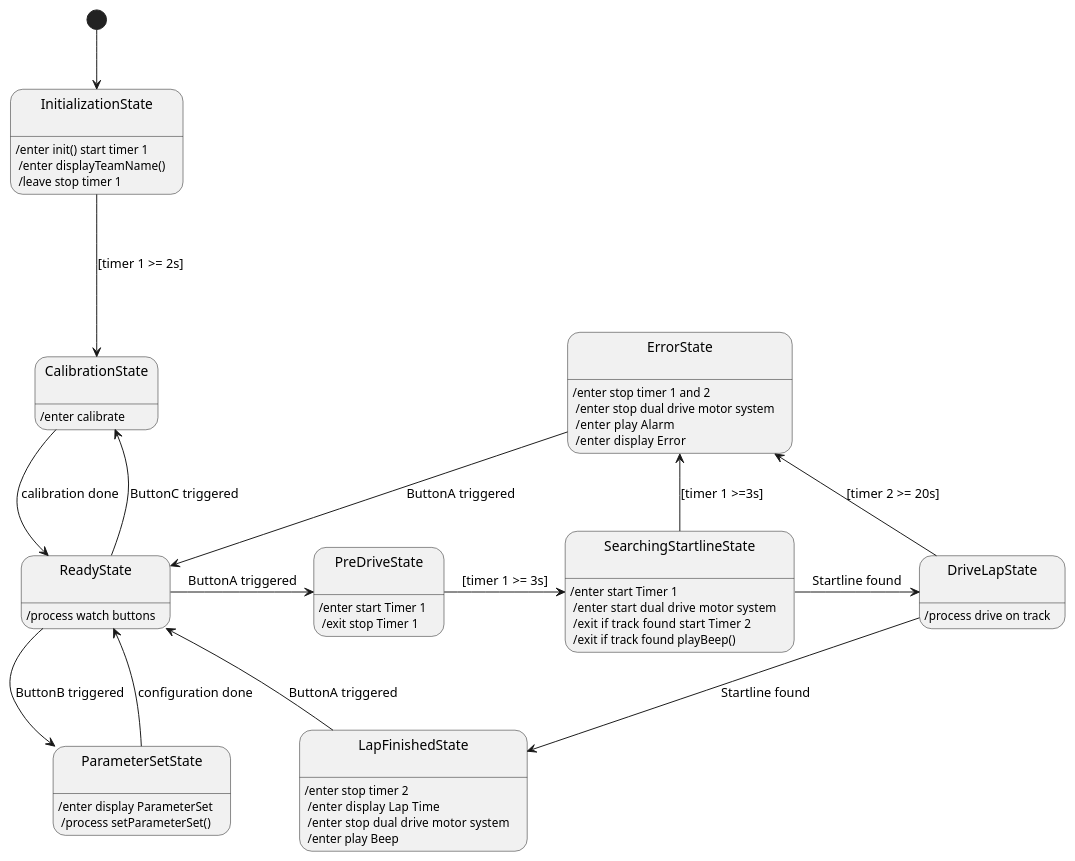
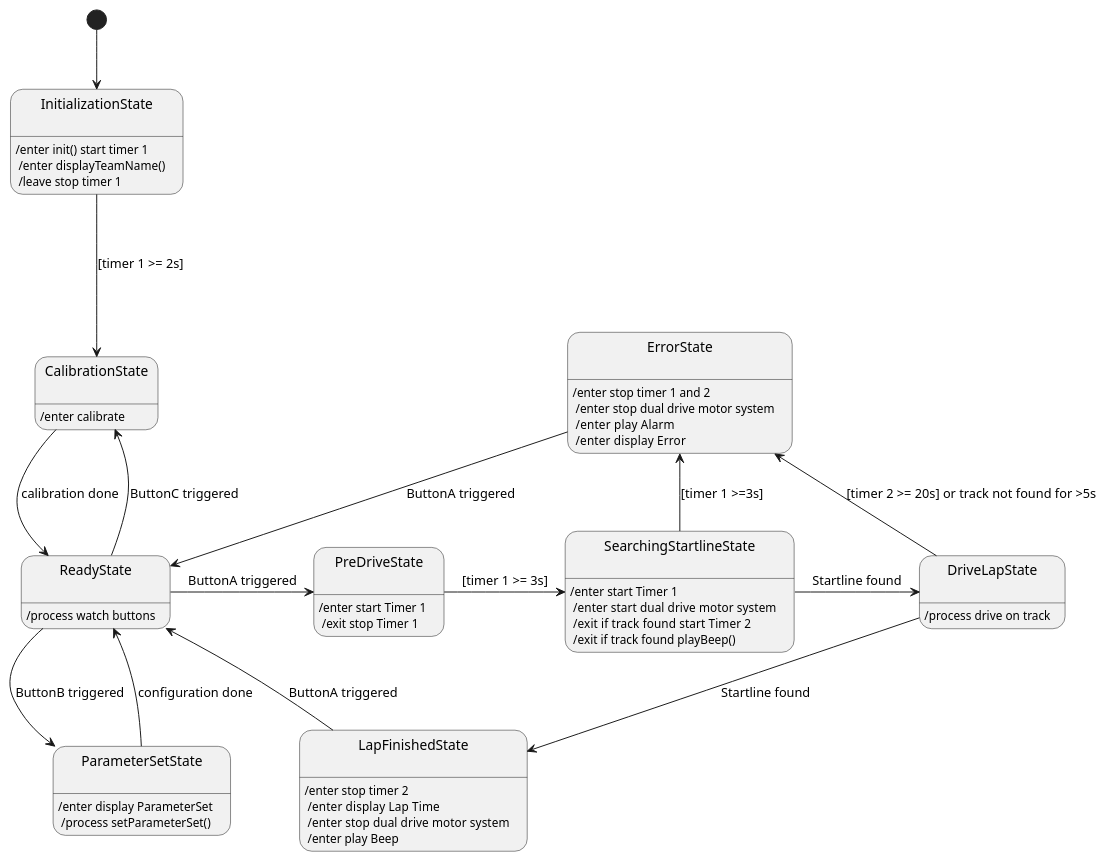
One commit to Jordan5652/Line-Follower-Software-for-Pololu-Zumo32U4 changed the diagram in Task 3/system/UML/State Diagram/Statediagram.puml. Above: the diagram before and after it, drawn with PlantUML. The commit also changed 1 other file, not shown here.

Commit message:
update diagrams

```diff
--- a/Task 3/system/UML/State Diagram/Statediagram.puml
+++ b/Task 3/system/UML/State Diagram/Statediagram.puml
@@ -1,29 +1,30 @@
 @startuml stateDiagram
 [*] --> State1
 
 state State1 as "InitializationState\n": /enter init() start timer 1 \n /enter displayTeamName() \n /leave stop timer 1
 state State2 as "ReadyState\n": /process watch buttons
 state State3 as "CalibrationState\n": /enter calibrate
 state State4 as "ParameterSetState\n": /enter display ParameterSet \n /process setParameterSet()
 state State5 as "SearchingStartlineState\n": /enter start Timer 1 \n /enter  start dual drive motor system \n /exit if track found  start Timer 2\n /exit if track found playBeep()
 state State6 as "DriveLapState\n": /process drive on track
 state State7 as "LapFinishedState\n": /enter stop timer 2 \n /enter  display Lap Time \n /enter  stop dual drive motor system \n /enter play Beep
 state State9 as "ErrorState\n": /enter stop timer 1 and 2 \n /enter stop dual drive motor system \n /enter  play Alarm \n /enter  display Error
 state State10 as "PreDriveState\n": /enter start Timer 1 \n /exit stop Timer 1
 
 
 State1 -down--> State3 : [timer 1 >= 2s]
 State2 -up-> State3 : ButtonC triggered 
 State2 -down-> State4 : ButtonB triggered
 State2 -right-> State10 : ButtonA triggered
-State10 -right-> State5 : [timer 1 >= 3s]
+State10 -right-> State5 : [timer 1 >= 3s] 
 State2 <-down- State3 : calibration done
 State2 <-left- State4 : configuration done
 
+
 State5 -right-> State6 : Startline found
 State6 -down-> State7 : Startline found
-State6 -up-> State9 : [timer 2 >= 20s]
+State6 -up-> State9 : [timer 2 >= 20s] or track not found for >5s
 State7 -down-> State2 : ButtonA triggered 
 State5 --> State9 : [timer 1 >=3s]
 State9 -down-> State2 : ButtonA triggered 
 @enduml
```
